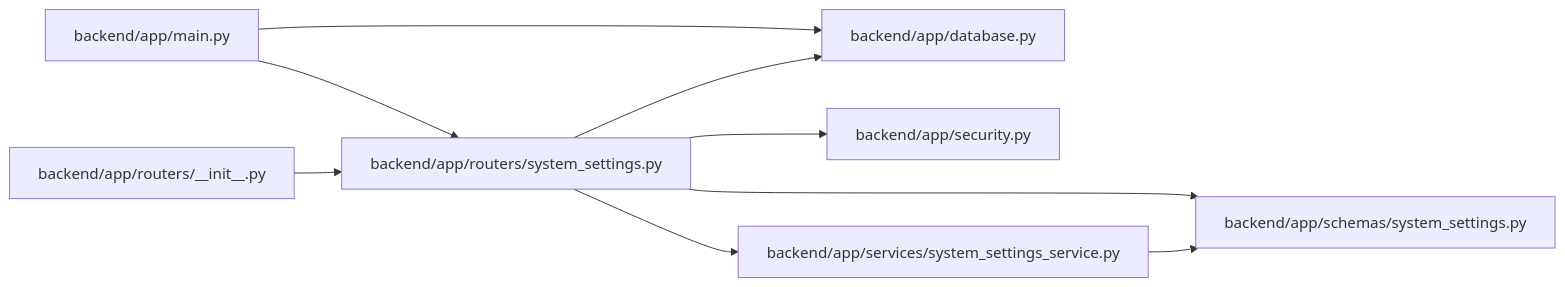
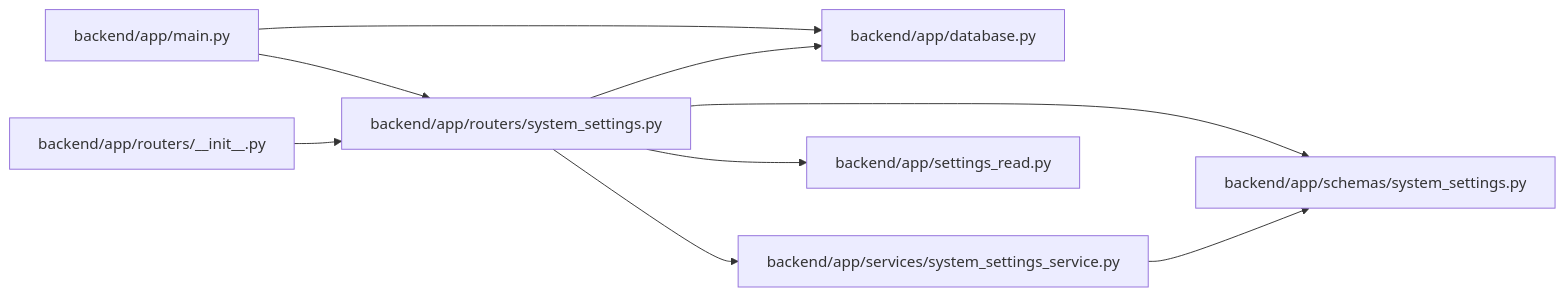
The diagram in docs/llm_wiki/modules/routers_system_settings.md (Denissvgn/WorkChord), drawn with Mermaid before and after one commit. The commit also changed other lines of this file and 524 other files, not shown here.

````diff
--- a/docs/llm_wiki/modules/routers_system_settings.md
+++ b/docs/llm_wiki/modules/routers_system_settings.md
@@ -24,25 +24,25 @@
 ```mermaid
 flowchart LR
     n0["backend/app/database.py"]
     n1["backend/app/main.py"]
     n2["backend/app/routers/__init__.py"]
     n3["backend/app/routers/system_settings.py"]
     n4["backend/app/schemas/system_settings.py"]
-    n5["backend/app/security.py"]
-    n6["backend/app/services/system_settings_service.py"]
+    n5["backend/app/services/system_settings_service.py"]
+    n6["backend/app/settings_read.py"]
     n1 --> n0
     n1 --> n3
     n2 --> n3
     n3 --> n0
     n3 --> n4
     n3 --> n5
     n3 --> n6
-    n6 --> n4
+    n5 --> n4
     click n0 "../modules/app_database.md"
     click n1 "../modules/app_main.md"
     click n2 "../modules/routers___init__.md"
     click n3 "../modules/routers_system_settings.md"
     click n4 "../modules/schemas_system_settings.md"
-    click n5 "../modules/security.md"
-    click n6 "../modules/system_settings_service.md"
+    click n5 "../modules/system_settings_service.md"
+    click n6 "../modules/settings_read.md"
 ```
````
